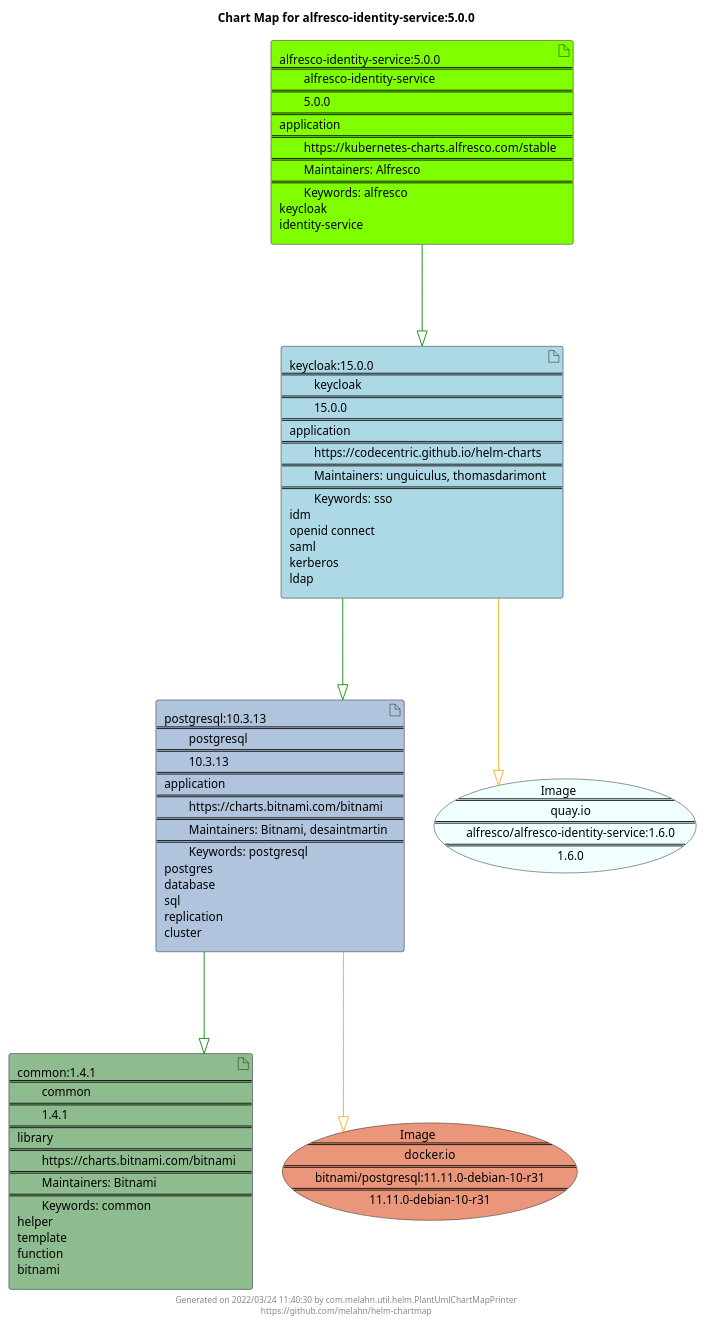
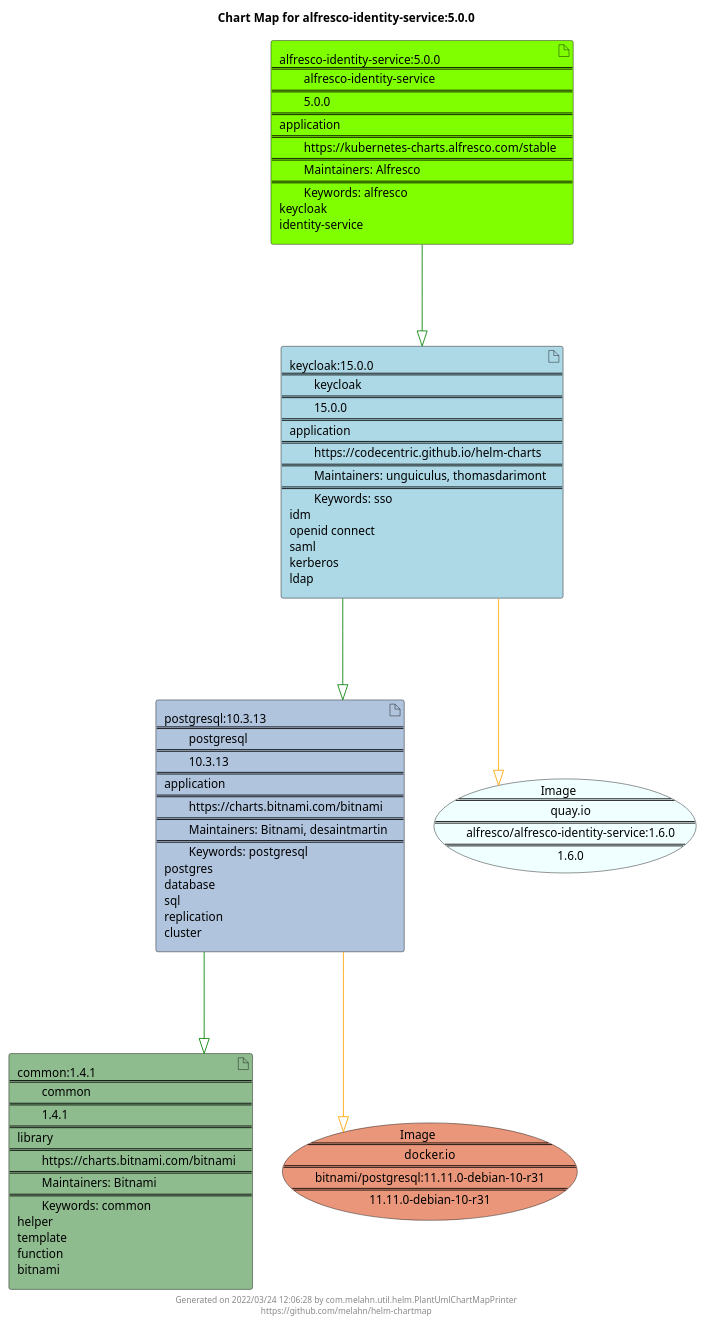
The diagram in docs/alfresco-identity-service/alfresco-identity-service-5.0.0.puml (melahn/helm-chartmap), drawn with PlantUML before and after one commit. The commit also changed 51 other files, not shown here.

Commit message:
Update Example Chart Maps as part of GitHub build

```diff
--- a/docs/alfresco-identity-service/alfresco-identity-service-5.0.0.puml
+++ b/docs/alfresco-identity-service/alfresco-identity-service-5.0.0.puml
@@ -1,29 +1,29 @@
 @startuml
 skinparam linetype ortho
 skinparam backgroundColor white
 skinparam usecaseBorderColor black
 skinparam usecaseArrowColor LightSlateGray
 skinparam artifactBorderColor black
 skinparam artifactArrowColor LightSlateGray
 
 title Chart Map for alfresco-identity-service:5.0.0
 
 'There are 4 referenced Helm Charts
 artifact "common:1.4.1\n====\n\tcommon\n====\n\t1.4.1\n====\nlibrary\n====\n\thttps://charts.bitnami.com/bitnami\n====\n\tMaintainers: Bitnami\n====\n\tKeywords: common\nhelper\ntemplate\nfunction\nbitnami" as common_1_4_1 #DarkSeaGreen
 artifact "alfresco-identity-service:5.0.0\n====\n\talfresco-identity-service\n====\n\t5.0.0\n====\napplication\n====\n\thttps://kubernetes-charts.alfresco.com/stable\n====\n\tMaintainers: Alfresco\n====\n\tKeywords: alfresco\nkeycloak\nidentity-service" as alfresco_identity_service_5_0_0 #Chartreuse
 artifact "postgresql:10.3.13\n====\n\tpostgresql\n====\n\t10.3.13\n====\napplication\n====\n\thttps://charts.bitnami.com/bitnami\n====\n\tMaintainers: Bitnami, desaintmartin\n====\n\tKeywords: postgresql\npostgres\ndatabase\nsql\nreplication\ncluster" as postgresql_10_3_13 #LightSteelBlue
 artifact "keycloak:15.0.0\n====\n\tkeycloak\n====\n\t15.0.0\n====\napplication\n====\n\thttps://codecentric.github.io/helm-charts\n====\n\tMaintainers: unguiculus, thomasdarimont\n====\n\tKeywords: sso\nidm\nopenid connect\nsaml\nkerberos\nldap" as keycloak_15_0_0 #LightBlue
 
 'There are 2 referenced Docker Images
 usecase "Image\n====\n\tquay.io\n====\n\talfresco/alfresco-identity-service:1.6.0\n====\n\t1.6.0" as quay_io_alfresco_alfresco_identity_service_1_6_0 #Azure
 usecase "Image\n====\n\tdocker.io\n====\n\tbitnami/postgresql:11.11.0-debian-10-r31\n====\n\t11.11.0-debian-10-r31" as docker_io_bitnami_postgresql_11_11_0_debian_10_r31 #DarkSalmon
 
 'Chart Dependencies
 alfresco_identity_service_5_0_0--[#green]-|>keycloak_15_0_0
 keycloak_15_0_0--[#green]-|>postgresql_10_3_13
 postgresql_10_3_13--[#green]-|>common_1_4_1
 postgresql_10_3_13--[#orange]-|>docker_io_bitnami_postgresql_11_11_0_debian_10_r31
 keycloak_15_0_0--[#orange]-|>quay_io_alfresco_alfresco_identity_service_1_6_0
 
-center footer Generated on 2022/03/24 11:40:30 by com.melahn.util.helm.PlantUmlChartMapPrinter\nhttps://github.com/melahn/helm-chartmap
+center footer Generated on 2022/03/24 12:06:28 by com.melahn.util.helm.PlantUmlChartMapPrinter\nhttps://github.com/melahn/helm-chartmap
 @enduml
```
